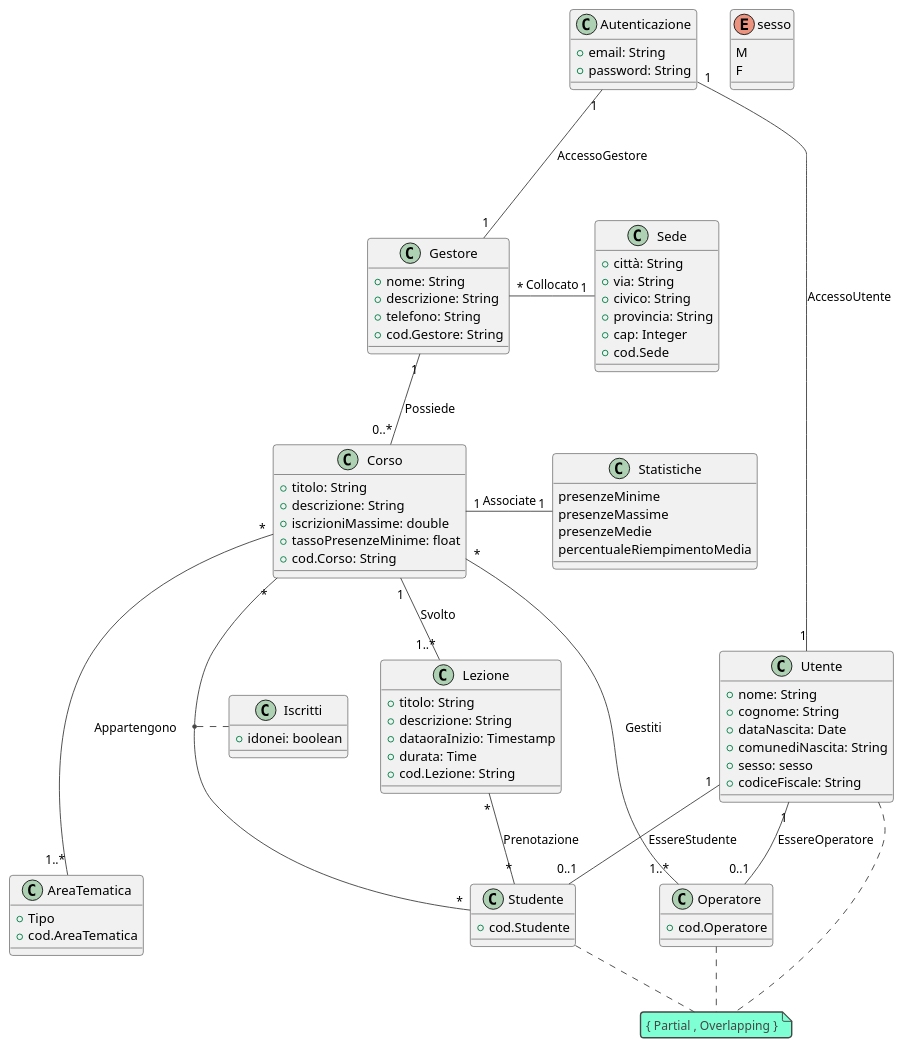
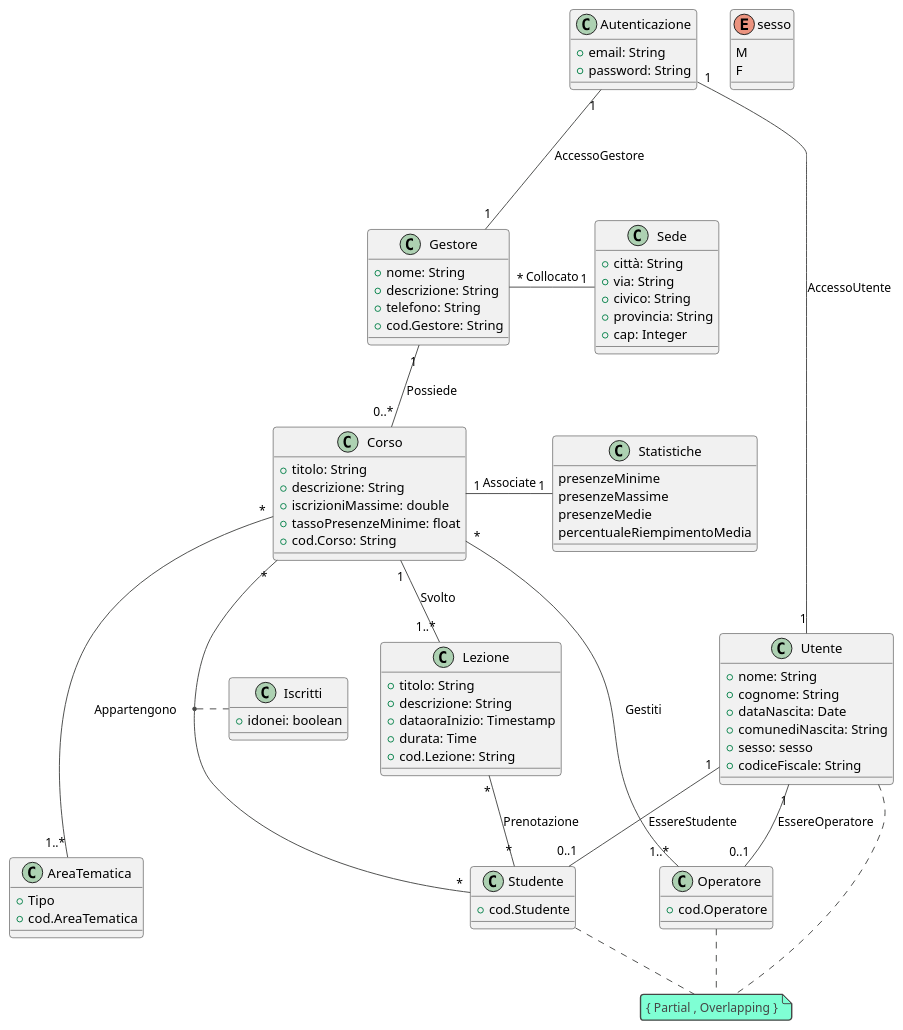
The diagram in UML Ristrutturato.puml (agostino-code/OO-BDI-Project), drawn with PlantUML before and after one commit. The commit also changed 38 other files, not shown here.

```diff
--- a/UML Ristrutturato.puml
+++ b/UML Ristrutturato.puml
@@ -1,84 +1,83 @@
 @startuml
 'https://plantuml.com/class-diagram
 !theme vibrant
 class Autenticazione {
   +email: String
   +password: String
 }
 Autenticazione "1" -- "1" Utente:AccessoUtente
 Autenticazione "1" --- "1" Gestore:AccessoGestore
 class Utente{
   +nome: String
   +cognome: String
   +dataNascita: Date
   +comunediNascita: String
   +sesso: sesso
   +codiceFiscale: String
 }
 note "{ Partial , Overlapping }" as N1
 Utente ... N1
 Operatore .. N1
 Studente .. N1
 class Sede {
   +città: String
   +via: String
   +civico: String
   +provincia: String
   +cap: Integer
-  +cod.Sede
 }
 class Gestore {
   +nome: String
   +descrizione: String
   +telefono: String
   +cod.Gestore: String
 }
 Gestore "*" - "1" Sede:Collocato
 class Operatore{
   +cod.Operatore
 }
 class Studente{
   +cod.Studente
 }
 enum sesso{
 M
 F
 }
 Utente "1" -- "0..1" Operatore:EssereOperatore
 Utente "1" -- "0..1" Studente:EssereStudente
 Gestore "1" -- "0..*" Corso:Possiede
 Corso "*" -- "*" Studente
 Corso "*" - "1..*" Operatore:Gestiti
 class Corso{
   +titolo: String
   +descrizione: String
   +iscrizioniMassime: double
   +tassoPresenzeMinime: float
   +cod.Corso: String
 }
 class AreaTematica{
   +Tipo
   +cod.AreaTematica
 }
 Corso "*" --- "1..*" AreaTematica:Appartengono
 class Lezione{
   +titolo: String
   +descrizione: String
   +dataoraInizio: Timestamp
   +durata: Time
   +cod.Lezione: String
 }
 Corso "1" -- "1..*" Lezione:Svolto
 (Corso, Studente) .. Iscritti
 Lezione "*" -- "*" Studente:Prenotazione
 class Iscritti{
 +idonei: boolean
 }
 class Statistiche{
   presenzeMinime
   presenzeMassime
   presenzeMedie
   percentualeRiempimentoMedia
 }
 Corso "1" - "1" Statistiche:Associate
 @enduml
```
